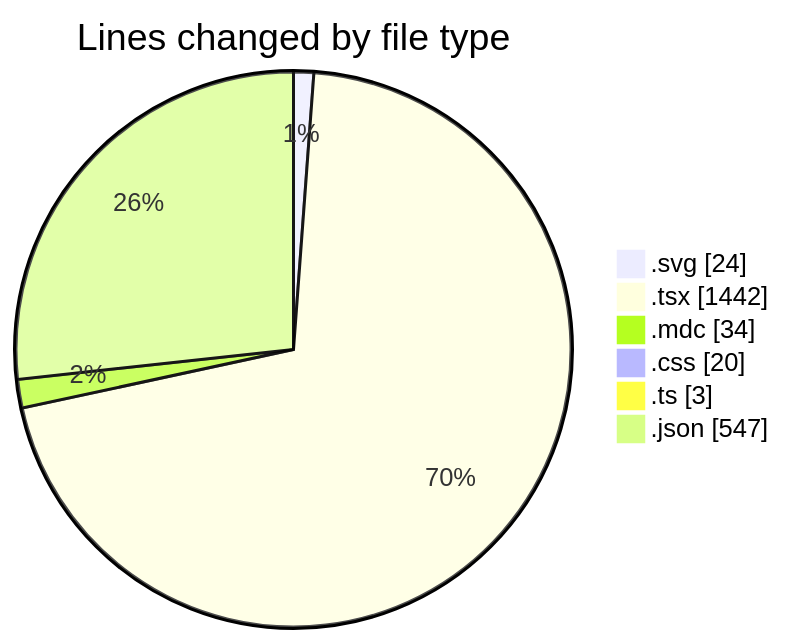
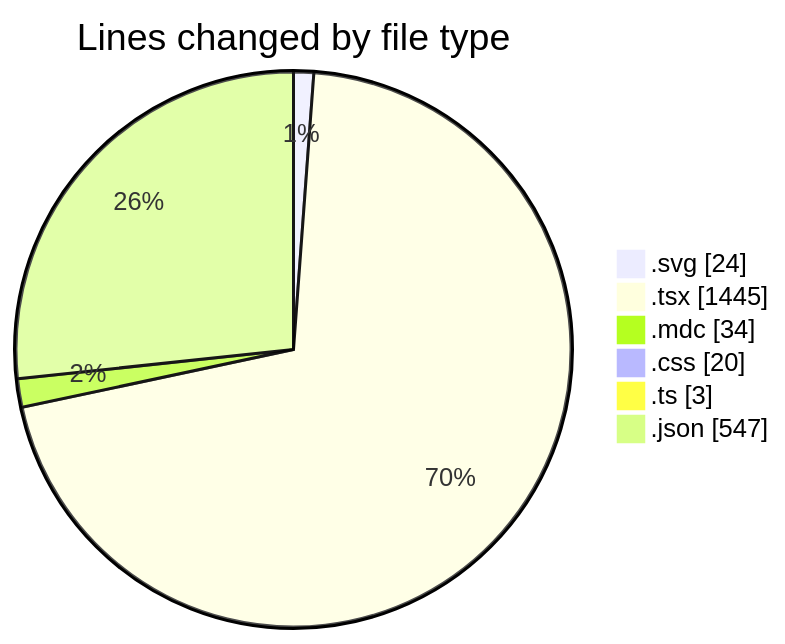
Before and after one commit to EIIisD/code-tracking: the first of 2 diagrams in 2025-07-18/ribbon/README.md, drawn with Mermaid. The commit also changed other lines of this file and 1 other file, not shown here.

````diff
--- a/2025-07-18/ribbon/README.md
+++ b/2025-07-18/ribbon/README.md
@@ -27,10 +27,10 @@
 ```mermaid
 pie showData
 title Lines changed by file type
 ".svg" : 24
-".tsx" : 1442
+".tsx" : 1445
 ".mdc" : 34
 ".css" : 20
 ".ts" : 3
 ".json" : 547
 ```
````
